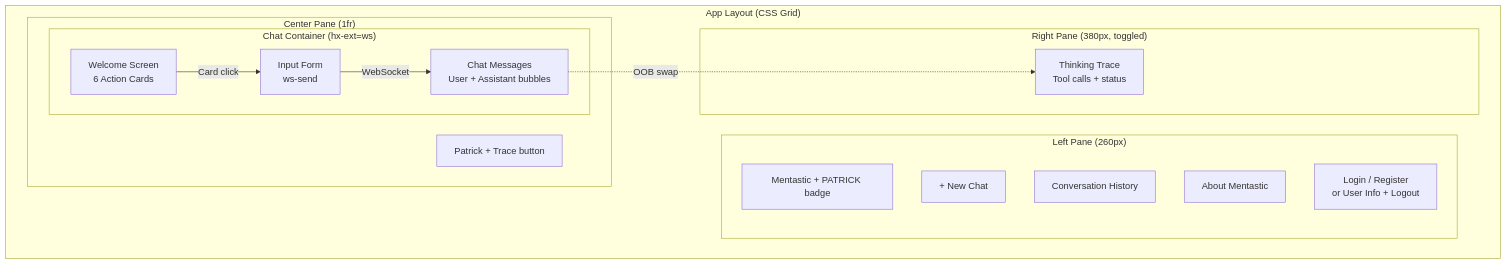
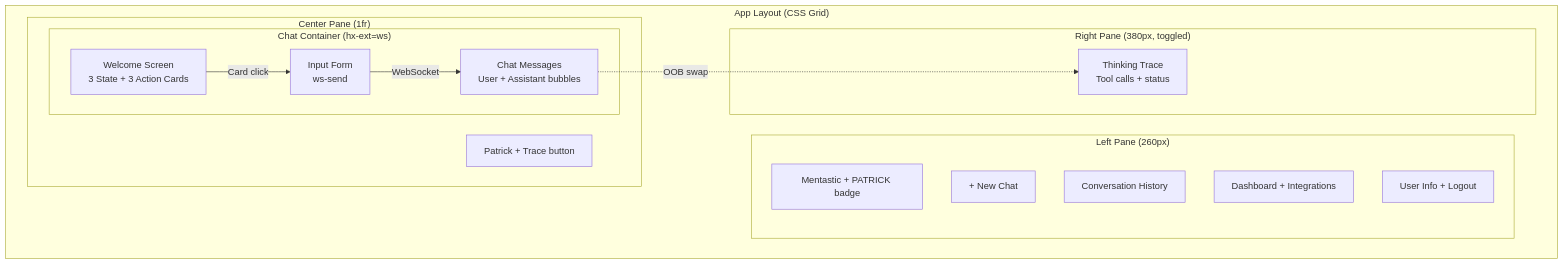
The second of 12 diagrams in docs/architecture_readme.md (predictivelabsai/mentastic), drawn with Mermaid before and after one commit. The commit also changed other lines of this file and 13 other files, not shown here.

First line of the commit message:
Regenerate architecture docs with 12 Mermaid diagrams

````diff
--- a/docs/architecture_readme.md
+++ b/docs/architecture_readme.md
@@ -36,30 +58,30 @@
 ```mermaid
 graph TB
     subgraph "App Layout (CSS Grid)"
         direction LR
         subgraph "Left Pane (260px)"
             BRAND[Mentastic + PATRICK badge]
             NEWCHAT[+ New Chat]
             CONVLIST[Conversation History]
-            ABOUT[About Mentastic]
-            AUTH[Login / Register<br/>or User Info + Logout]
+            LINKS[Dashboard + Integrations]
+            AUTH[User Info + Logout]
         end
 
         subgraph "Center Pane (1fr)"
             HEADER[Patrick + Trace button]
             subgraph "Chat Container (hx-ext=ws)"
-                WELCOME[Welcome Screen<br/>6 Action Cards]
+                WELCOME[Welcome Screen<br/>3 State + 3 Action Cards]
                 MESSAGES[Chat Messages<br/>User + Assistant bubbles]
                 INPUT[Input Form<br/>ws-send]
             end
         end
 
         subgraph "Right Pane (380px, toggled)"
             TRACE[Thinking Trace<br/>Tool calls + status]
         end
     end
 
     WELCOME -->|Card click| INPUT
     INPUT -->|WebSocket| MESSAGES
     MESSAGES -.->|OOB swap| TRACE
 ```
````
